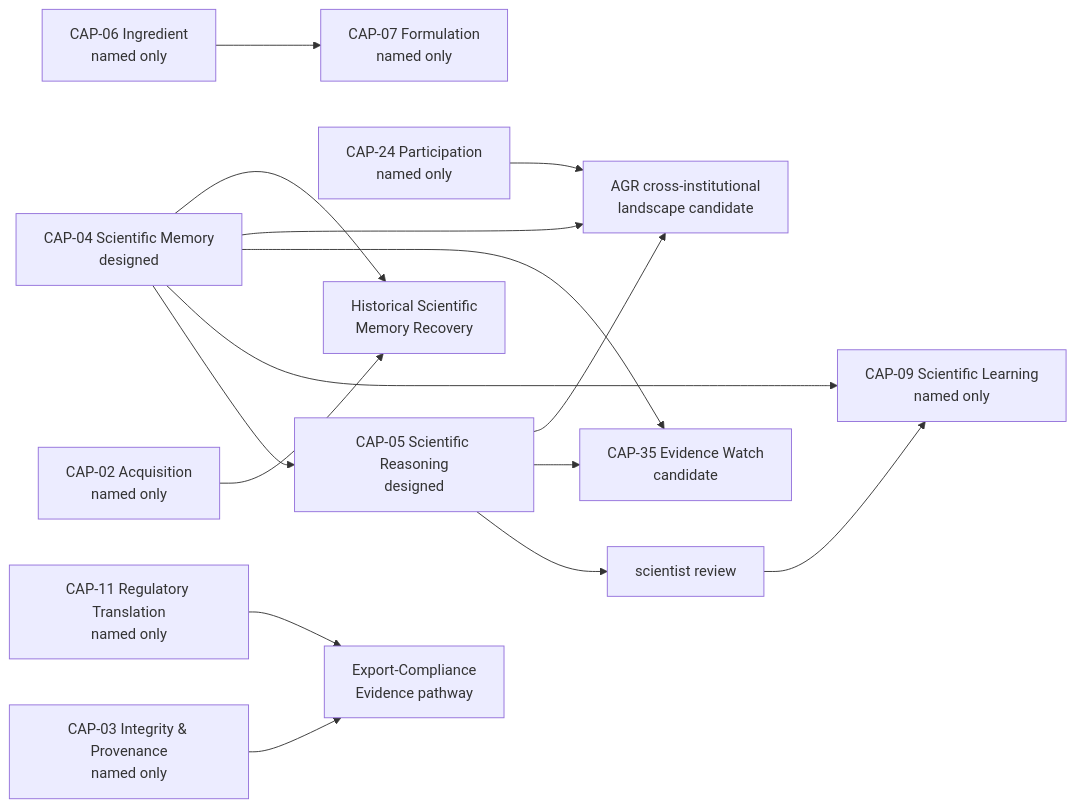
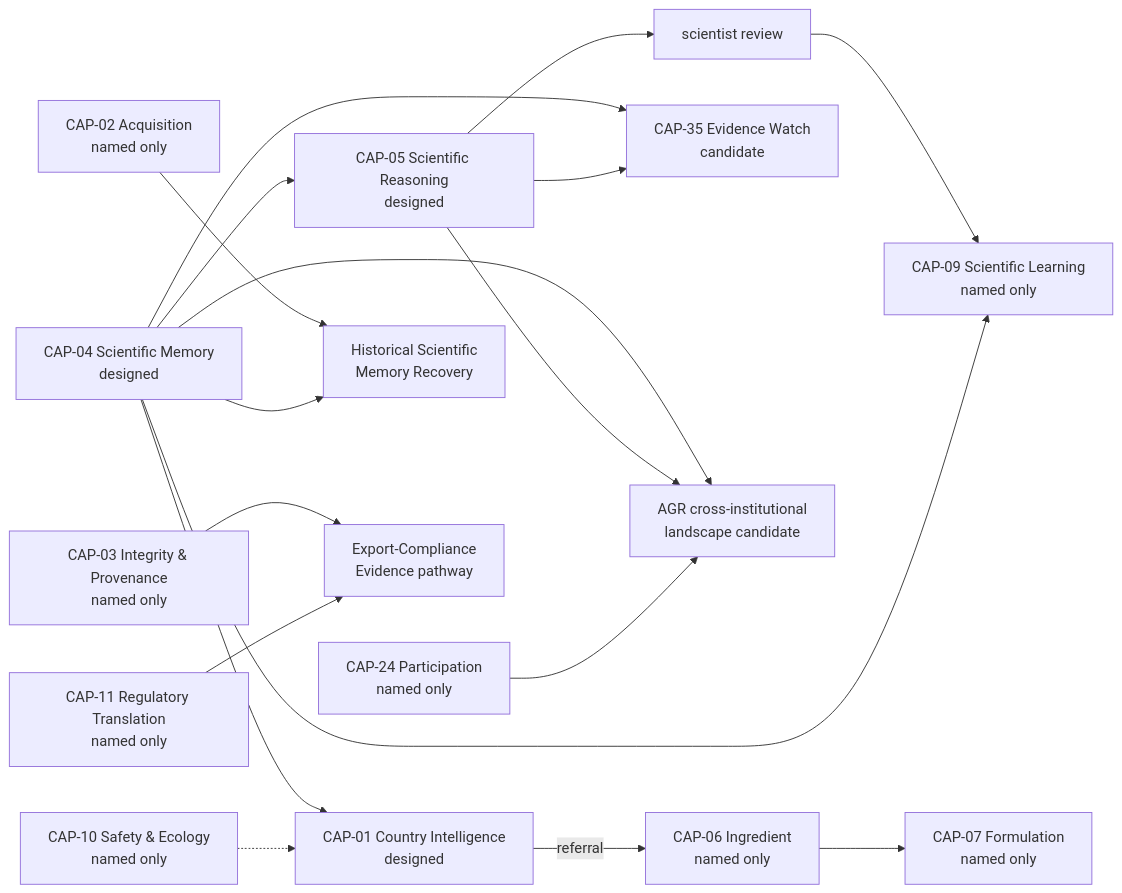
One commit to AdvancedAgricultureBiometrix/aab-source-of-truth changed the second of 4 diagrams in governance/AAB-PLATFORM-ROADMAP-2026-09-27.md. Above: the diagram before and after it, drawn with Mermaid. The commit also changed other lines of this file and 1 other file, not shown here.

First line of the commit message:
Roadmap and stock-take at 7e7bbc0: CAP-01 committed, the loop retired

````diff
--- a/governance/AAB-PLATFORM-ROADMAP-2026-09-27.md
+++ b/governance/AAB-PLATFORM-ROADMAP-2026-09-27.md
@@ -511,17 +515,20 @@
 ```mermaid
 flowchart LR
   A04[CAP-04 Scientific Memory<br/>designed] --> A05[CAP-05 Scientific Reasoning<br/>designed]
   A05 --> H[scientist review]
   H --> A09[CAP-09 Scientific Learning<br/>named only]
   A04 --> A09
   A04 --> W[CAP-35 Evidence Watch<br/>candidate]
   A05 --> W
   A04 --> X[AGR cross-institutional<br/>landscape candidate]
   A05 --> X
   A24[CAP-24 Participation<br/>named only] --> X
   A06[CAP-06 Ingredient<br/>named only] --> A07[CAP-07 Formulation<br/>named only]
+  A04 --> A01[CAP-01 Country Intelligence<br/>designed]
+  A01 -->|referral| A06
+  A10[CAP-10 Safety & Ecology<br/>named only] -.-> A01
   A02[CAP-02 Acquisition<br/>named only] --> HSM[Historical Scientific<br/>Memory Recovery]
   A04 --> HSM
   A03[CAP-03 Integrity & Provenance<br/>named only] --> EXP[Export-Compliance<br/>Evidence pathway]
   A11[CAP-11 Regulatory Translation<br/>named only] --> EXP
 ```
````
